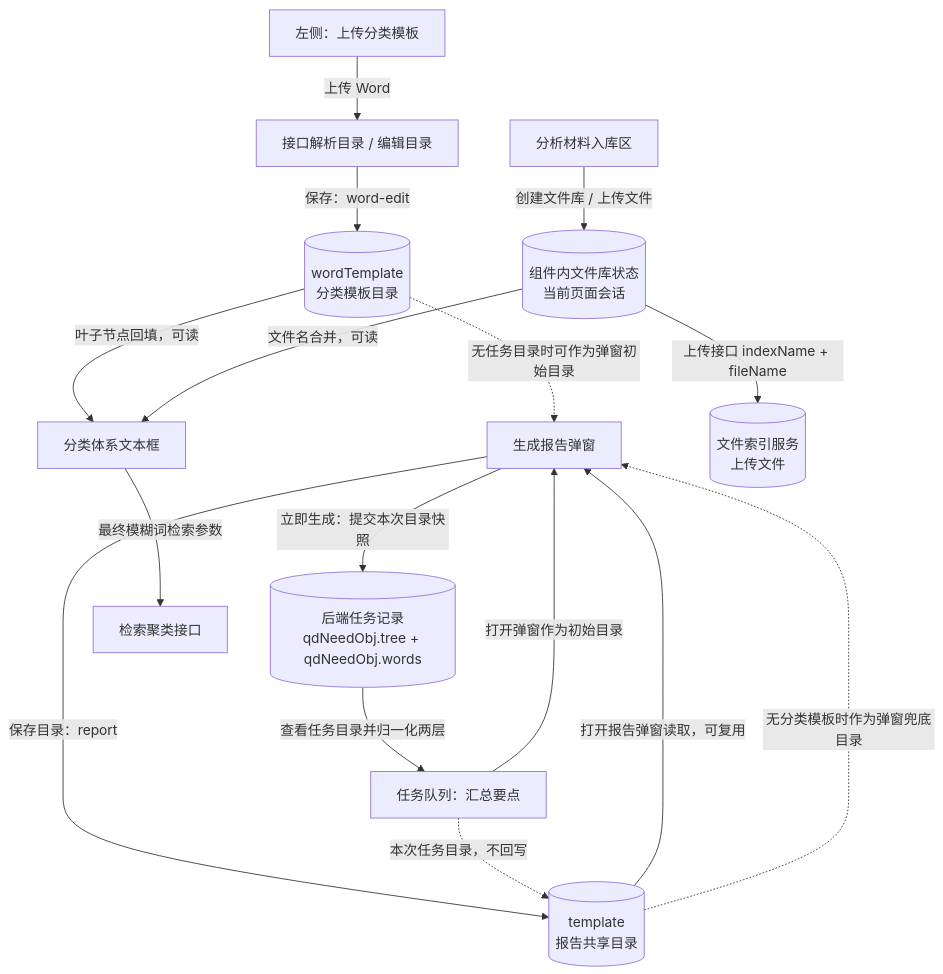
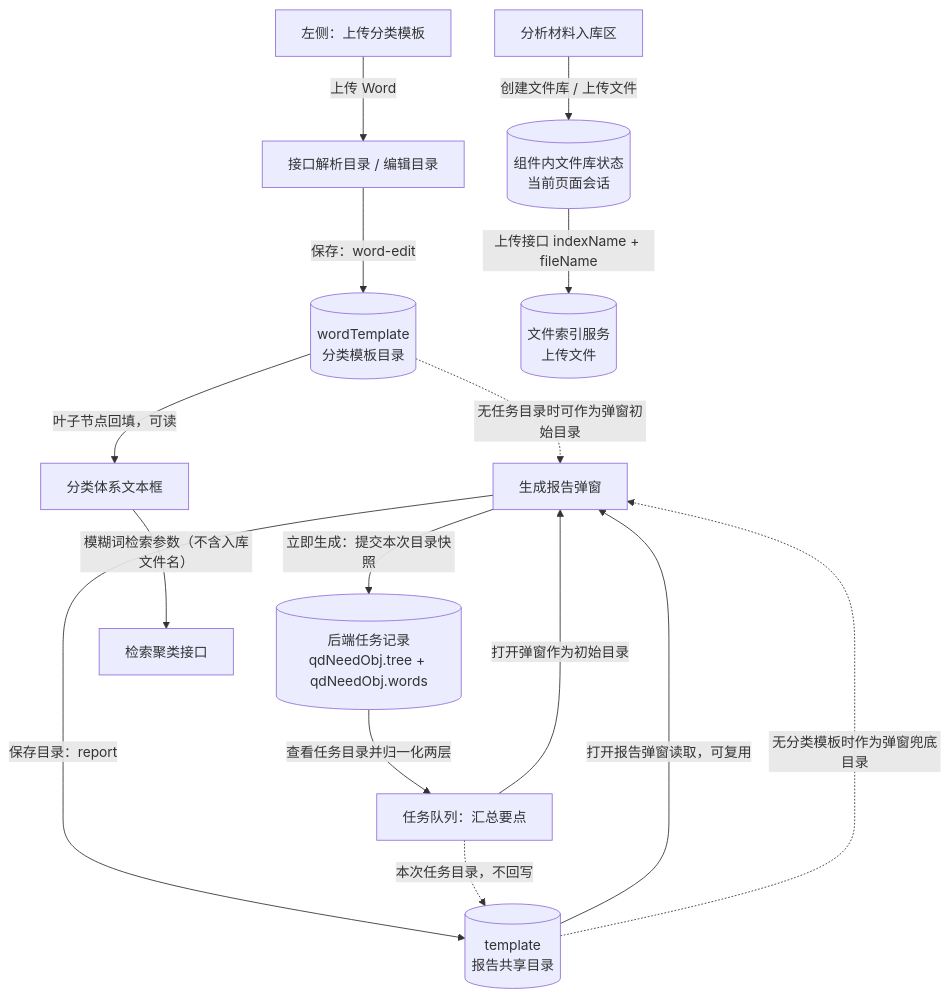
Before and after one commit to hjn28/search_web_vue2: the first of 4 diagrams in 目录模板与分类体系逻辑说明.md, drawn with Mermaid. The commit also changed other lines of this file and 8 other files, not shown here.

````diff
--- a/目录模板与分类体系逻辑说明.md
+++ b/目录模板与分类体系逻辑说明.md
@@ -7,34 +7,33 @@
 ```mermaid
 flowchart TD
     UI分类模板["左侧：上传分类模板"]
     UI分类体系["分类体系文本框"]
     UI入库区["分析材料入库区"]
     UI报告弹窗["生成报告弹窗"]
     UI任务队列["任务队列：汇总要点"]
 
     STORE分类模板[("wordTemplate\n分类模板目录")]
     STORE报告模板[("template\n报告共享目录")]
     STATE入库区[("组件内文件库状态\n当前页面会话")]
     后端入库[("文件索引服务\n上传文件")]
     任务快照[("后端任务记录\nqdNeedObj.tree + qdNeedObj.words")]
 
     UI分类模板 -->|上传 Word| UI分类模板解析["接口解析目录 / 编辑目录"]
     UI分类模板解析 -->|保存：word-edit| STORE分类模板
     STORE分类模板 -->|叶子节点回填，可读| UI分类体系
 
     STORE报告模板 -->|打开报告弹窗读取，可复用| UI报告弹窗
     UI报告弹窗 -->|保存目录：report| STORE报告模板
     UI报告弹窗 -->|立即生成：提交本次目录快照| 任务快照
 
     UI入库区 -->|创建文件库 / 上传文件| STATE入库区
     STATE入库区 -->|上传接口 indexName + fileName| 后端入库
-    STATE入库区 -->|文件名合并，可读| UI分类体系
-    UI分类体系 -->|最终模糊词检索参数| 检索接口["检索聚类接口"]
+    UI分类体系 -->|模糊词检索参数（不含入库文件名）| 检索接口["检索聚类接口"]
 
     任务快照 -->|查看任务目录并归一化两层| UI任务队列
     UI任务队列 -->|打开弹窗作为初始目录| UI报告弹窗
     UI任务队列 -.->|本次任务目录，不回写| STORE报告模板
 
     STORE分类模板 -.->|无任务目录时可作为弹窗初始目录| UI报告弹窗
     STORE报告模板 -.->|无分类模板时作为弹窗兜底目录| UI报告弹窗
 ```
````
